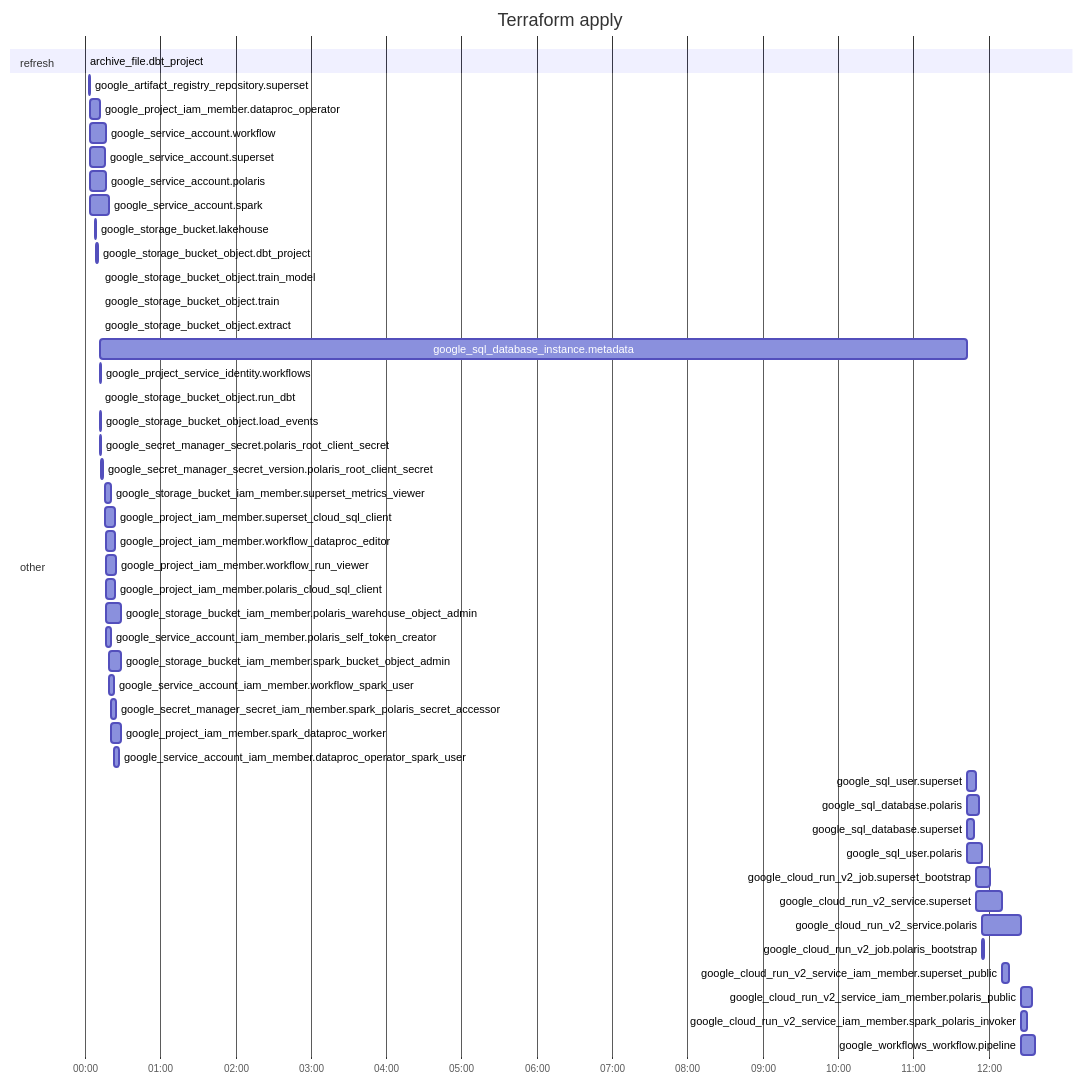
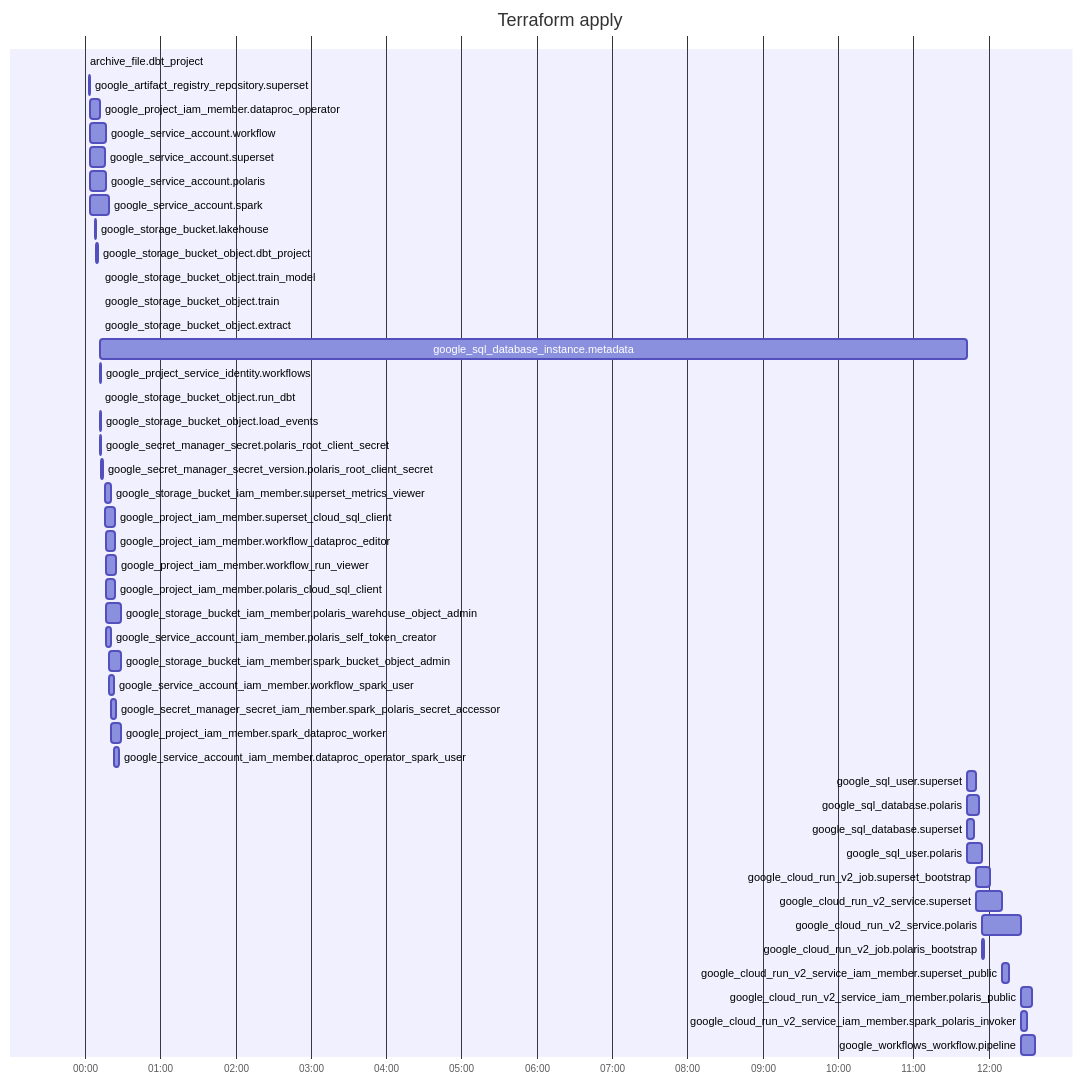
One commit to Rez99/data-engineering-portfolio changed the first of 2 diagrams in project-2-cloud-lakehouse/README.md. Above: the diagram before and after it, drawn with Mermaid.

Commit message:
Remove unnecessary sections from Gantt chart in README for clarity

````diff
--- a/project-2-cloud-lakehouse/README.md
+++ b/project-2-cloud-lakehouse/README.md
@@ -47,50 +47,48 @@
 ```mermaid
 gantt
     title Terraform apply
     dateFormat mm:ss
     axisFormat %M:%S
-    section refresh
     archive_file.dbt_project :00:00, 00:00
-    section other
     google_artifact_registry_repository.superset :00:03, 00:04
     google_project_iam_member.dataproc_operator :00:04, 00:12
     google_service_account.workflow :00:04, 00:17
     google_service_account.superset :00:04, 00:16
     google_service_account.polaris :00:04, 00:17
     google_service_account.spark :00:04, 00:19
     google_storage_bucket.lakehouse :00:08, 00:09
     google_storage_bucket_object.dbt_project :00:09, 00:10
     google_storage_bucket_object.train_model :00:12, 00:12
     google_storage_bucket_object.train :00:12, 00:12
     google_storage_bucket_object.extract :00:12, 00:12
     google_sql_database_instance.metadata :00:12, 11:43
     google_project_service_identity.workflows :00:12, 00:13
     google_storage_bucket_object.run_dbt :00:12, 00:12
     google_storage_bucket_object.load_events :00:12, 00:13
     google_secret_manager_secret.polaris_root_client_secret :00:12, 00:13
     google_secret_manager_secret_version.polaris_root_client_secret :00:13, 00:14
     google_storage_bucket_iam_member.superset_metrics_viewer :00:16, 00:21
     google_project_iam_member.superset_cloud_sql_client :00:16, 00:24
     google_project_iam_member.workflow_dataproc_editor :00:17, 00:24
     google_project_iam_member.workflow_run_viewer :00:17, 00:25
     google_project_iam_member.polaris_cloud_sql_client :00:17, 00:24
     google_storage_bucket_iam_member.polaris_warehouse_object_admin :00:17, 00:29
     google_service_account_iam_member.polaris_self_token_creator :00:17, 00:21
     google_storage_bucket_iam_member.spark_bucket_object_admin :00:19, 00:29
     google_service_account_iam_member.workflow_spark_user :00:19, 00:23
     google_secret_manager_secret_iam_member.spark_polaris_secret_accessor :00:21, 00:25
     google_project_iam_member.spark_dataproc_worker :00:21, 00:29
     google_service_account_iam_member.dataproc_operator_spark_user :00:23, 00:27
     google_sql_user.superset :11:43, 11:50
     google_sql_database.polaris :11:43, 11:52
     google_sql_database.superset :11:43, 11:48
     google_sql_user.polaris :11:43, 11:55
     google_cloud_run_v2_job.superset_bootstrap :11:50, 12:01
     google_cloud_run_v2_service.superset :11:50, 12:11
     google_cloud_run_v2_service.polaris :11:55, 12:26
     google_cloud_run_v2_job.polaris_bootstrap :11:55, 11:56
     google_cloud_run_v2_service_iam_member.superset_public :12:11, 12:16
     google_cloud_run_v2_service_iam_member.polaris_public :12:26, 12:35
     google_cloud_run_v2_service_iam_member.spark_polaris_invoker :12:26, 12:31
     google_workflows_workflow.pipeline :12:26, 12:37
 ```
````
